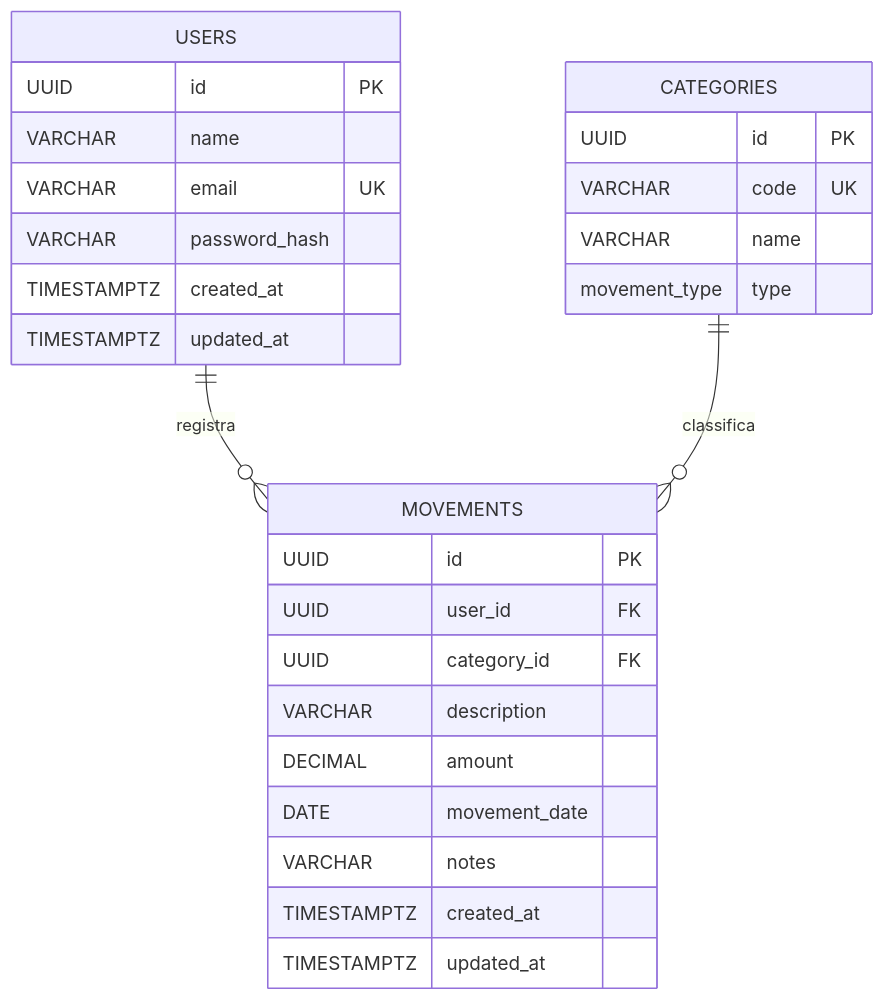
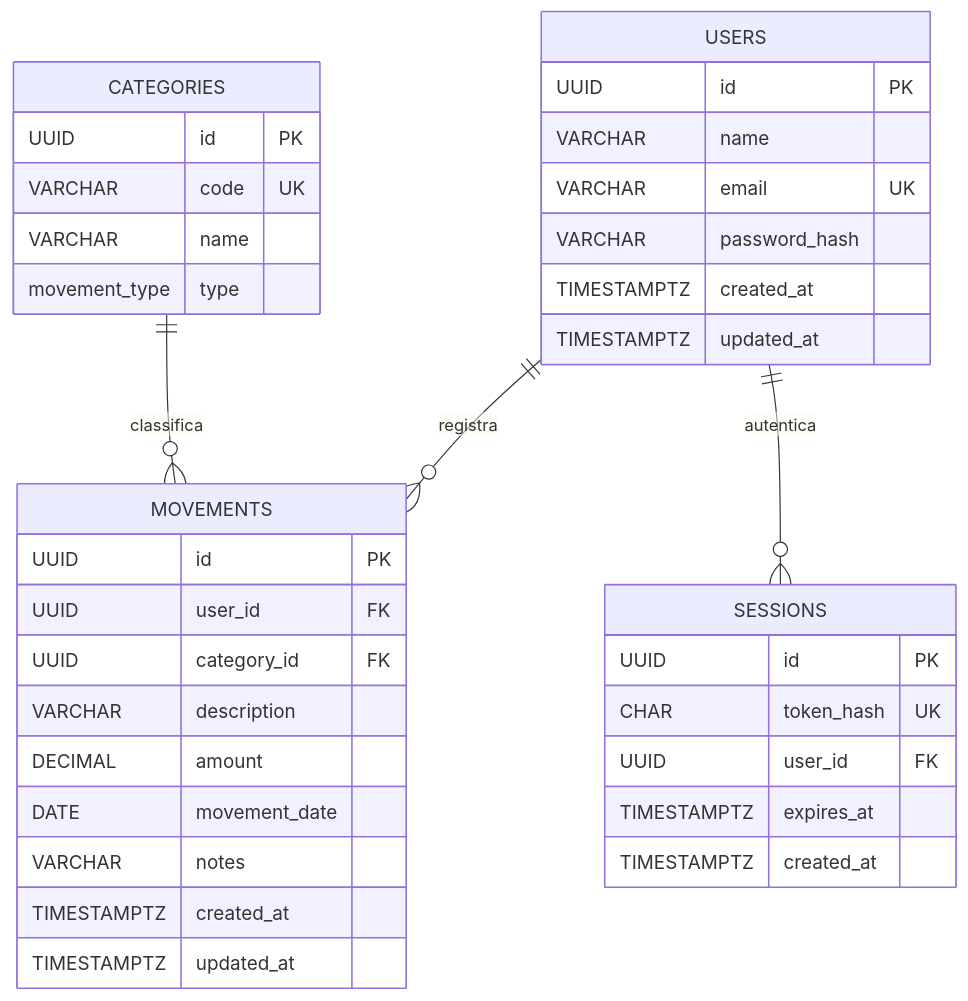
Before and after one commit to RafaelYutaNischida/Gerenciador_Financeiro: the diagram in docs/modelagem-do-banco.md, drawn with Mermaid. The commit also changed other lines of this file and 25 other files, not shown here.

````diff
--- a/docs/modelagem-do-banco.md
+++ b/docs/modelagem-do-banco.md
@@ -53,33 +63,42 @@
 ```mermaid
 erDiagram
     USERS ||--o{ MOVEMENTS : registra
+    USERS ||--o{ SESSIONS : autentica
     CATEGORIES ||--o{ MOVEMENTS : classifica
 
     USERS {
         UUID id PK
         VARCHAR name
         VARCHAR email UK
         VARCHAR password_hash
         TIMESTAMPTZ created_at
         TIMESTAMPTZ updated_at
+    }
+
+    SESSIONS {
+        UUID id PK
+        CHAR token_hash UK
+        UUID user_id FK
+        TIMESTAMPTZ expires_at
+        TIMESTAMPTZ created_at
     }
 
     CATEGORIES {
         UUID id PK
         VARCHAR code UK
         VARCHAR name
         movement_type type
     }
 
     MOVEMENTS {
         UUID id PK
         UUID user_id FK
         UUID category_id FK
         VARCHAR description
         DECIMAL amount
         DATE movement_date
         VARCHAR notes
         TIMESTAMPTZ created_at
         TIMESTAMPTZ updated_at
     }
 ```
````
